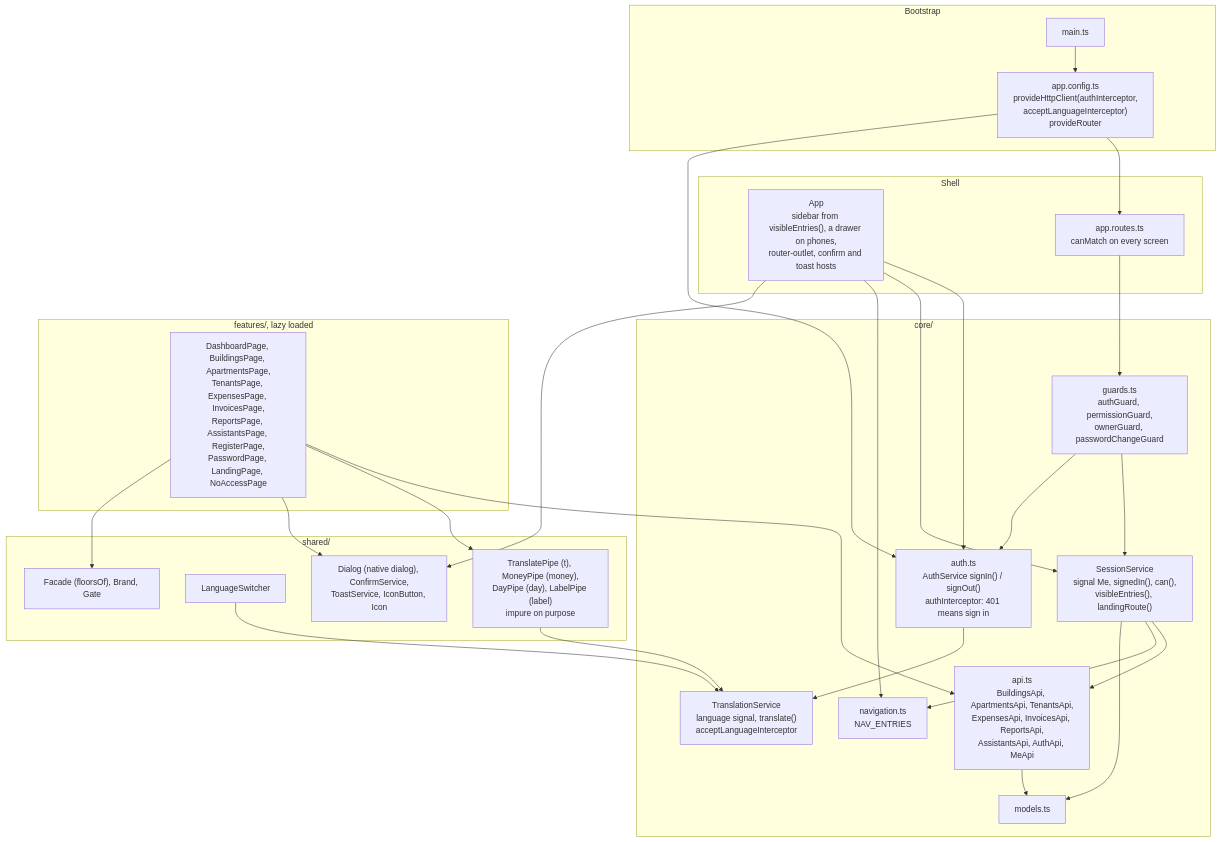
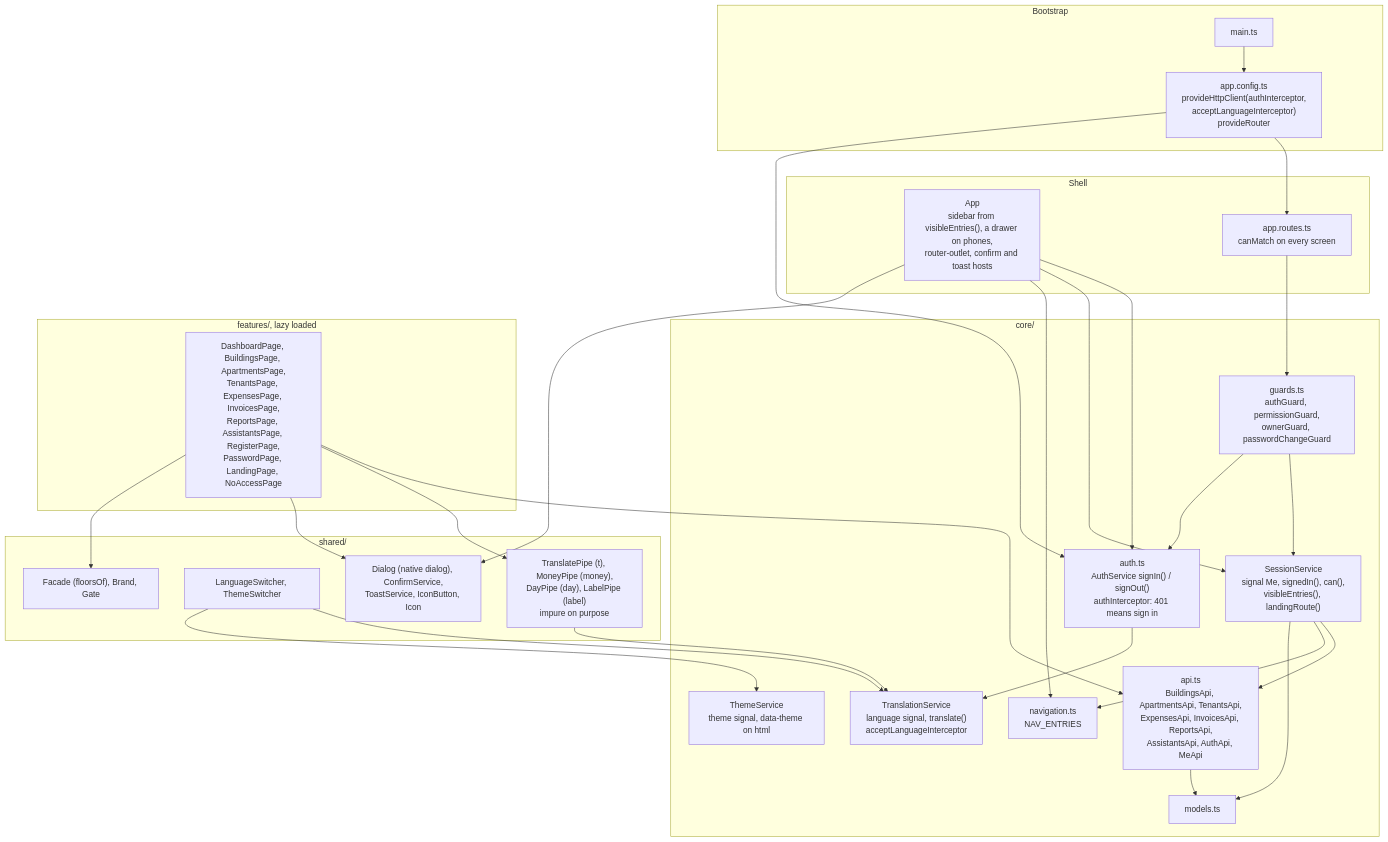
Before and after one commit to stephane-nganou/building-management-systems: the sixth of 19 diagrams in docs/ARCHITECTURE_DIAGRAMS.md, drawn with Mermaid. The commit also changed 1 other file, not shown here.

Commit message:
BM-12: record the themes in the status and the diagrams

````diff
--- a/docs/ARCHITECTURE_DIAGRAMS.md
+++ b/docs/ARCHITECTURE_DIAGRAMS.md
@@ -502,55 +502,57 @@
 ```mermaid
 flowchart TB
     subgraph boot["Bootstrap"]
         main["main.ts"]
         appcfg["app.config.ts<br/>provideHttpClient(authInterceptor,<br/>acceptLanguageInterceptor)<br/>provideRouter"]
     end
 
     subgraph shell["Shell"]
         app["App<br/>sidebar from visibleEntries(), a drawer on phones,<br/>router-outlet, confirm and toast hosts"]
         routes["app.routes.ts<br/>canMatch on every screen"]
     end
 
     subgraph core["core/"]
         session["SessionService<br/>signal Me, signedIn(), can(),<br/>visibleEntries(), landingRoute()"]
         auth["auth.ts<br/>AuthService signIn() / signOut()<br/>authInterceptor: 401 means sign in"]
         guards["guards.ts<br/>authGuard, permissionGuard,<br/>ownerGuard, passwordChangeGuard"]
         api["api.ts<br/>BuildingsApi, ApartmentsApi, TenantsApi,<br/>ExpensesApi, InvoicesApi, ReportsApi,<br/>AssistantsApi, AuthApi, MeApi"]
         i18n["TranslationService<br/>language signal, translate()<br/>acceptLanguageInterceptor"]
+        theme["ThemeService<br/>theme signal, data-theme on html"]
         nav["navigation.ts<br/>NAV_ENTRIES"]
         models["models.ts"]
     end
 
     subgraph features["features/, lazy loaded"]
         pages["DashboardPage, BuildingsPage, ApartmentsPage,<br/>TenantsPage, ExpensesPage, InvoicesPage,<br/>ReportsPage, AssistantsPage, RegisterPage,<br/>PasswordPage, LandingPage, NoAccessPage"]
     end
 
     subgraph sharedui["shared/"]
         pipes["TranslatePipe (t), MoneyPipe (money),<br/>DayPipe (day), LabelPipe (label)<br/>impure on purpose"]
-        lang["LanguageSwitcher"]
+        lang["LanguageSwitcher, ThemeSwitcher"]
         ui["Dialog (native dialog), ConfirmService,<br/>ToastService, IconButton, Icon"]
         look["Facade (floorsOf), Brand, Gate"]
     end
 
     main --> appcfg
     appcfg --> routes
     appcfg --> auth
     routes --> guards
     guards --> session
     guards --> auth
     auth --> i18n
     app --> auth
     app --> session
     app --> nav
     session --> api
     session --> nav
     pages --> api
     pages --> pipes
     pages --> ui
     pages --> look
     app --> ui
     pipes --> i18n
     lang --> i18n
+    lang --> theme
     api --> models
     session --> models
 ```
````
